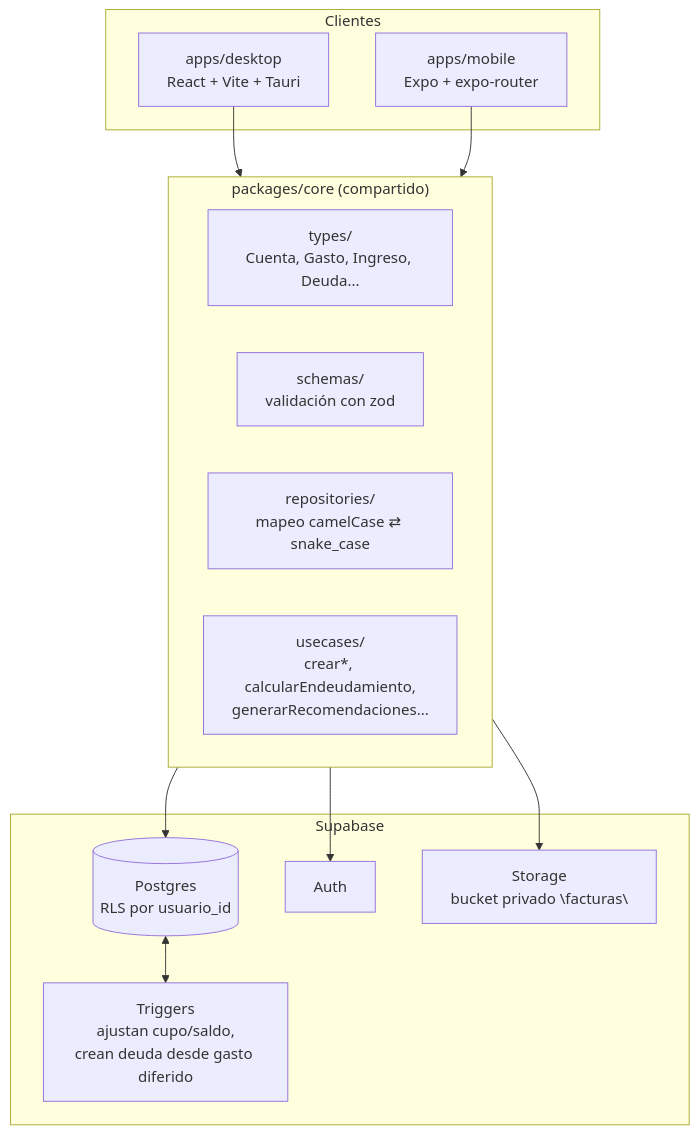
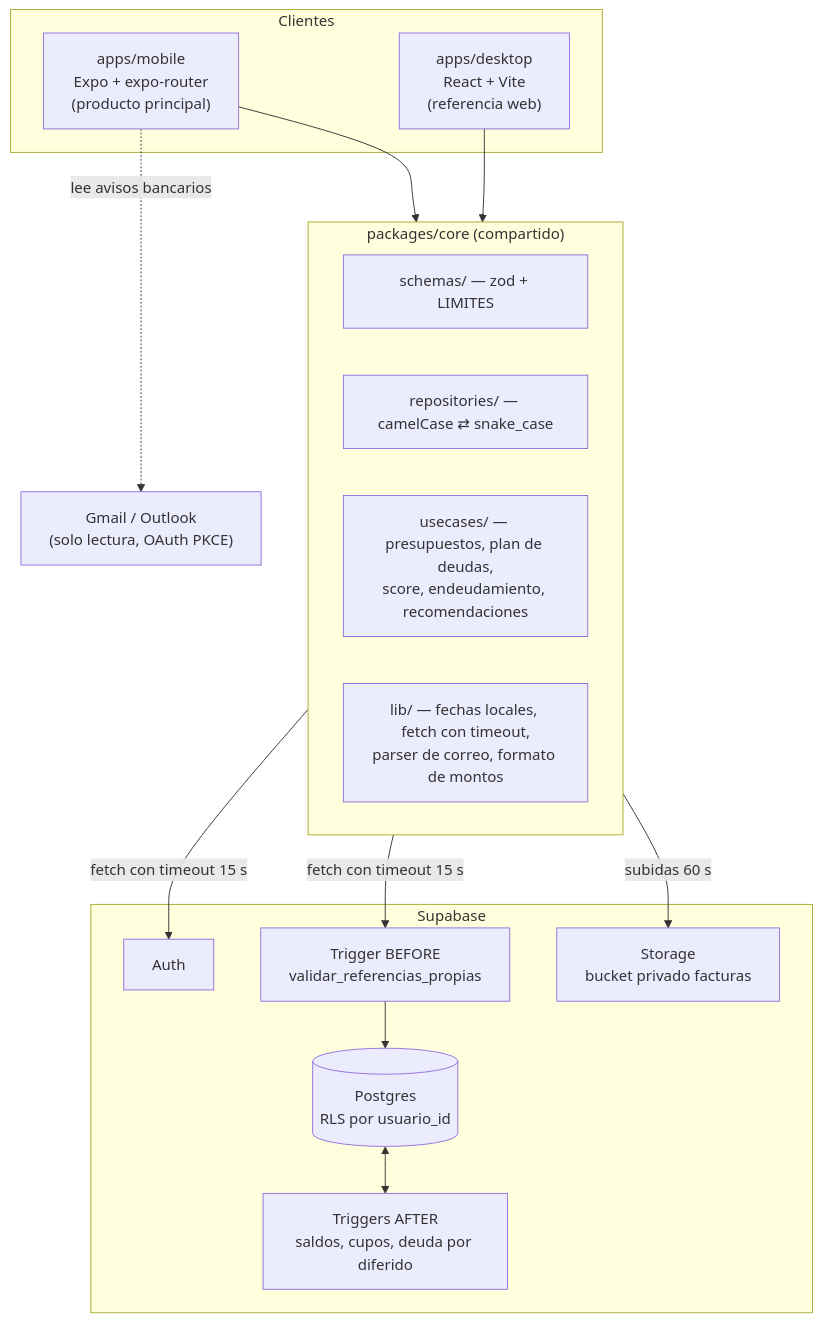
One commit to CSEBASTIA/App_registros_gastos changed the diagram in README.md. Above: the diagram before and after it, drawn with Mermaid. The commit also changed other lines of this file and 41 other files, not shown here.

````diff
--- a/README.md
+++ b/README.md
@@ -9,28 +30,31 @@
 ```mermaid
 flowchart TB
     subgraph Clientes
-        Desktop["apps/desktop\nReact + Vite + Tauri"]
-        Mobile["apps/mobile\nExpo + expo-router"]
+        Mobile["apps/mobile\nExpo + expo-router\n(producto principal)"]
+        Desktop["apps/desktop\nReact + Vite\n(referencia web)"]
     end
 
     subgraph Core["packages/core (compartido)"]
-        Types["types/\nCuenta, Gasto, Ingreso, Deuda..."]
-        Schemas["schemas/\nvalidación con zod"]
-        Repos["repositories/\nmapeo camelCase ⇄ snake_case"]
-        Usecases["usecases/\ncrear*, calcularEndeudamiento,\ngenerarRecomendaciones..."]
+        Schemas["schemas/ — zod + LIMITES"]
+        Repos["repositories/ — camelCase ⇄ snake_case"]
+        Usecases["usecases/ — presupuestos, plan de deudas,\nscore, endeudamiento, recomendaciones"]
+        Lib["lib/ — fechas locales, fetch con timeout,\nparser de correo, formato de montos"]
     end
 
-    subgraph Supabase["Supabase"]
+    subgraph Supabase
+        Valid["Trigger BEFORE\nvalidar_referencias_propias"]
         DB[("Postgres\nRLS por usuario_id")]
-        Triggers["Triggers\najustan cupo/saldo,\ncrean deuda desde gasto diferido"]
+        Triggers["Triggers AFTER\nsaldos, cupos, deuda por diferido"]
         Auth["Auth"]
-        Storage["Storage\nbucket privado \"facturas\""]
+        Storage["Storage\nbucket privado facturas"]
     end
 
+    Mail["Gmail / Outlook\n(solo lectura, OAuth PKCE)"]
+
+    Mobile --> Core
     Desktop --> Core
-    Mobile --> Core
-    Core --> Auth
-    Core --> DB
-    Core --> Storage
-    DB <--> Triggers
+    Mobile -. lee avisos bancarios .-> Mail
+    Core -- "fetch con timeout 15 s" --> Auth
+    Core -- "fetch con timeout 15 s" --> Valid --> DB <--> Triggers
+    Core -- "subidas 60 s" --> Storage
 ```
````
